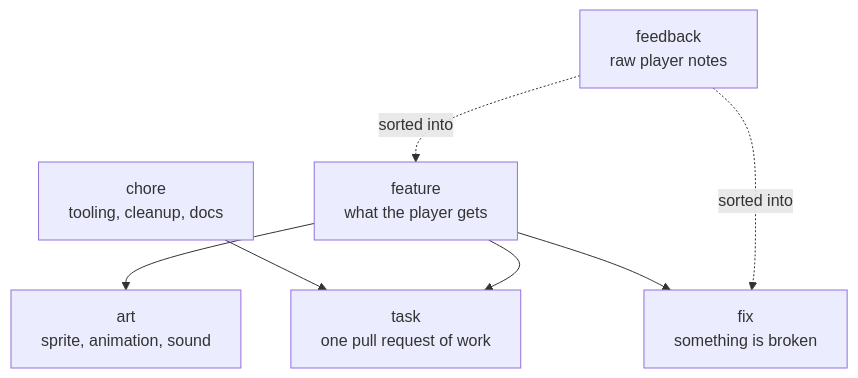
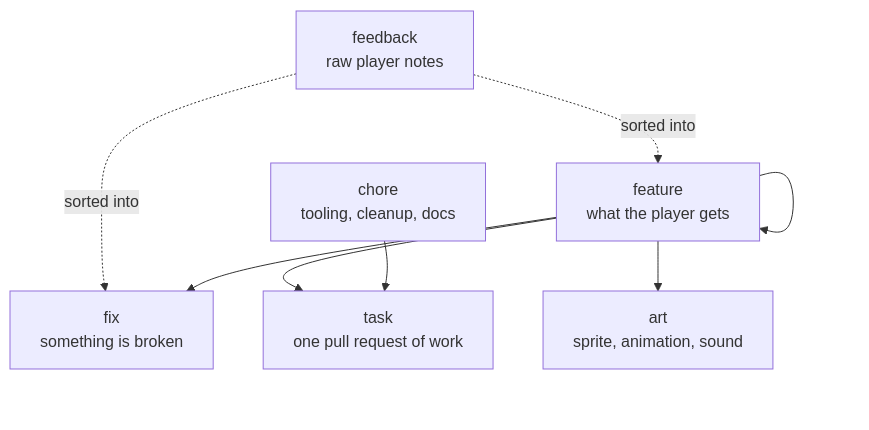
The second of 2 diagrams in docs/workflow.md (Liam-M-Mays/game-jam-2026), drawn with Mermaid before and after one commit. The commit also changed other lines of this file and 11 other files, not shown here.

````diff
--- a/docs/workflow.md
+++ b/docs/workflow.md
@@ -43,16 +43,17 @@
 ```mermaid
 flowchart TD
     feedback["feedback<br/>raw player notes"]
     feature["feature<br/>what the player gets"]
     chore["chore<br/>tooling, cleanup, docs"]
     fix["fix<br/>something is broken"]
     task["task<br/>one pull request of work"]
     art["art<br/>sprite, animation, sound"]
 
     feedback -. sorted into .-> feature
     feedback -. sorted into .-> fix
+    feature --> feature
     feature --> task
     feature --> art
     feature --> fix
     chore --> task
 ```
````
